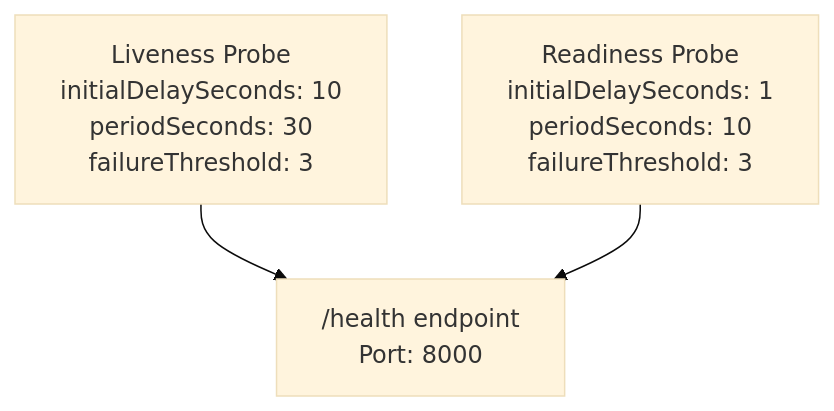
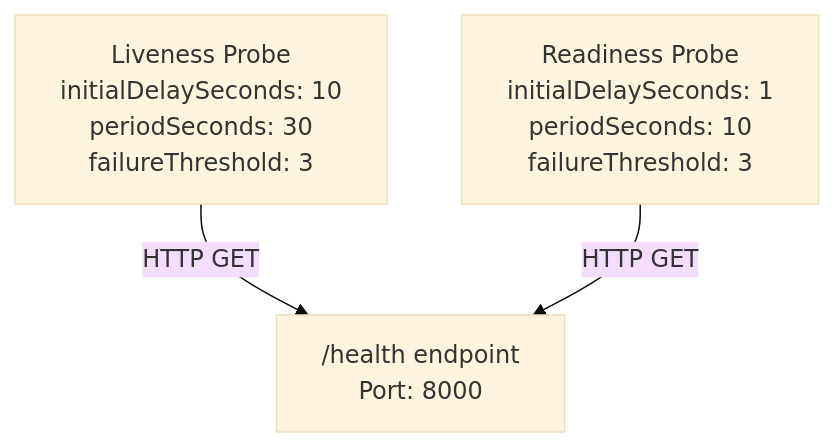
The fourth of 5 diagrams in docs/hyperdxio-helm-charts-docs/HyperDX-Application.md (openchoreo/openchoreo), drawn with Mermaid (base theme) before and after one commit. The commit also changed other lines of this file and 85 other files, not shown here.

Commit message:
feat: Add new workflow and specification templates, update Helm chart dependencies, and clarify documentation diagrams.

````diff
--- a/docs/hyperdxio-helm-charts-docs/HyperDX-Application.md
+++ b/docs/hyperdxio-helm-charts-docs/HyperDX-Application.md
@@ -288,10 +288,10 @@
 ```mermaid
 flowchart TD
 
 LivenessProbe["Liveness Probe<br>initialDelaySeconds: 10<br>periodSeconds: 30<br>failureThreshold: 3"]
 ReadinessProbe["Readiness Probe<br>initialDelaySeconds: 1<br>periodSeconds: 10<br>failureThreshold: 3"]
 HealthEndpoint["/health endpoint<br>Port: 8000"]
 
-LivenessProbe --> HealthEndpoint
-ReadinessProbe --> HealthEndpoint
+LivenessProbe -->|"HTTP GET"| HealthEndpoint
+ReadinessProbe -->|"HTTP GET"| HealthEndpoint
 ```
````
